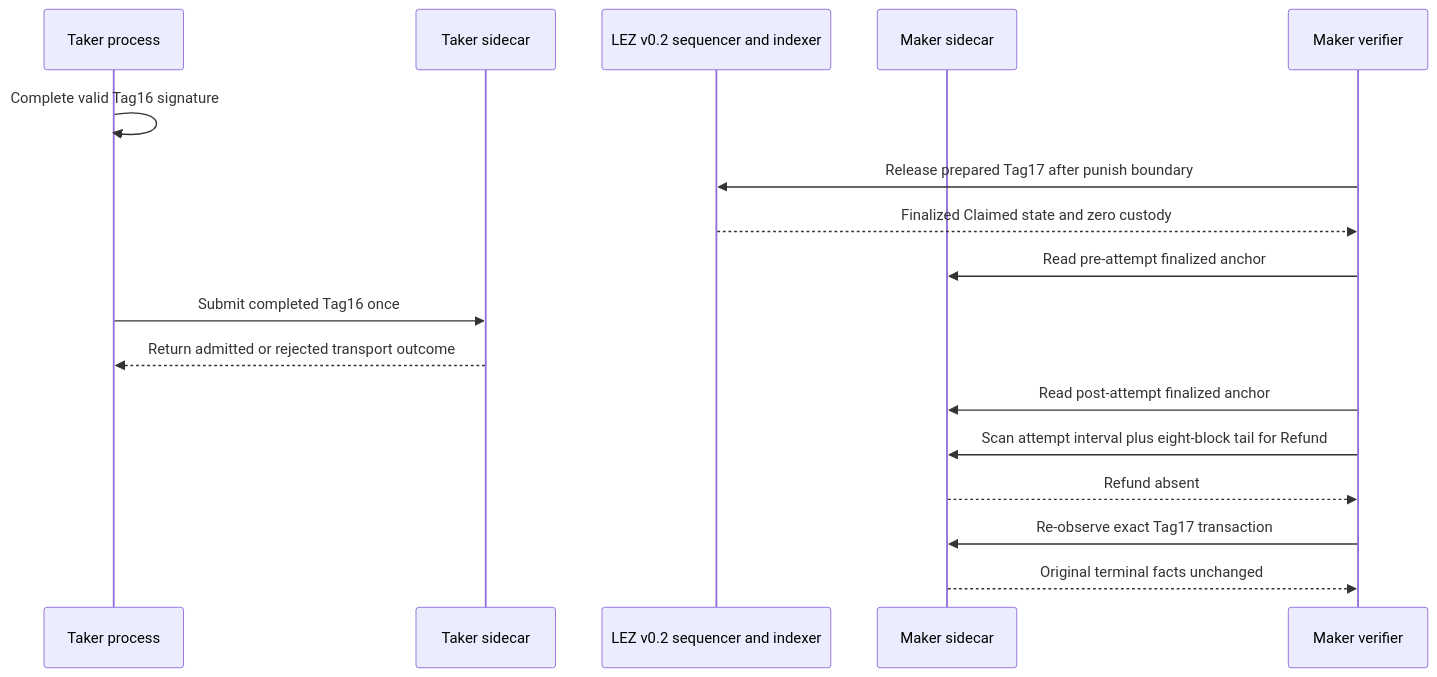
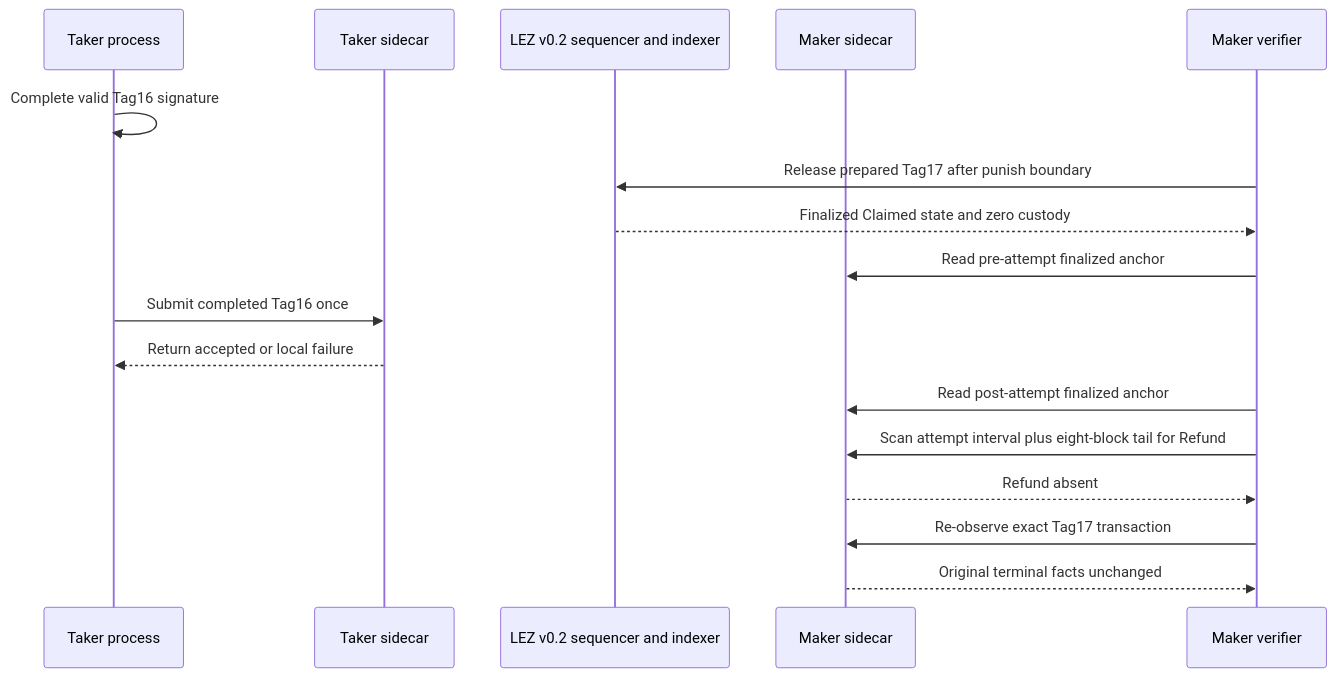
The second of 2 diagrams in docs/architecture/0175-reject-losing-tag16-after-finalized-tag17.md (gateway-fm/lez-atomic-swaps), drawn with Mermaid before and after one commit. The commit also changed other lines of this file and 10 other files, not shown here.

````diff
--- a/docs/architecture/0175-reject-losing-tag16-after-finalized-tag17.md
+++ b/docs/architecture/0175-reject-losing-tag16-after-finalized-tag17.md
@@ -58,20 +63,20 @@
 ```mermaid
 sequenceDiagram
     participant T as Taker process
     participant TS as Taker sidecar
     participant L as LEZ v0.2 sequencer and indexer
     participant MS as Maker sidecar
     participant M as Maker verifier
 
     T->>T: Complete valid Tag16 signature
     M->>L: Release prepared Tag17 after punish boundary
     L-->>M: Finalized Claimed state and zero custody
     M->>MS: Read pre-attempt finalized anchor
     T->>TS: Submit completed Tag16 once
-    TS-->>T: Return admitted or rejected transport outcome
+    TS-->>T: Return accepted or local failure
     M->>MS: Read post-attempt finalized anchor
     M->>MS: Scan attempt interval plus eight-block tail for Refund
     MS-->>M: Refund absent
     M->>MS: Re-observe exact Tag17 transaction
     MS-->>M: Original terminal facts unchanged
 ```
````
